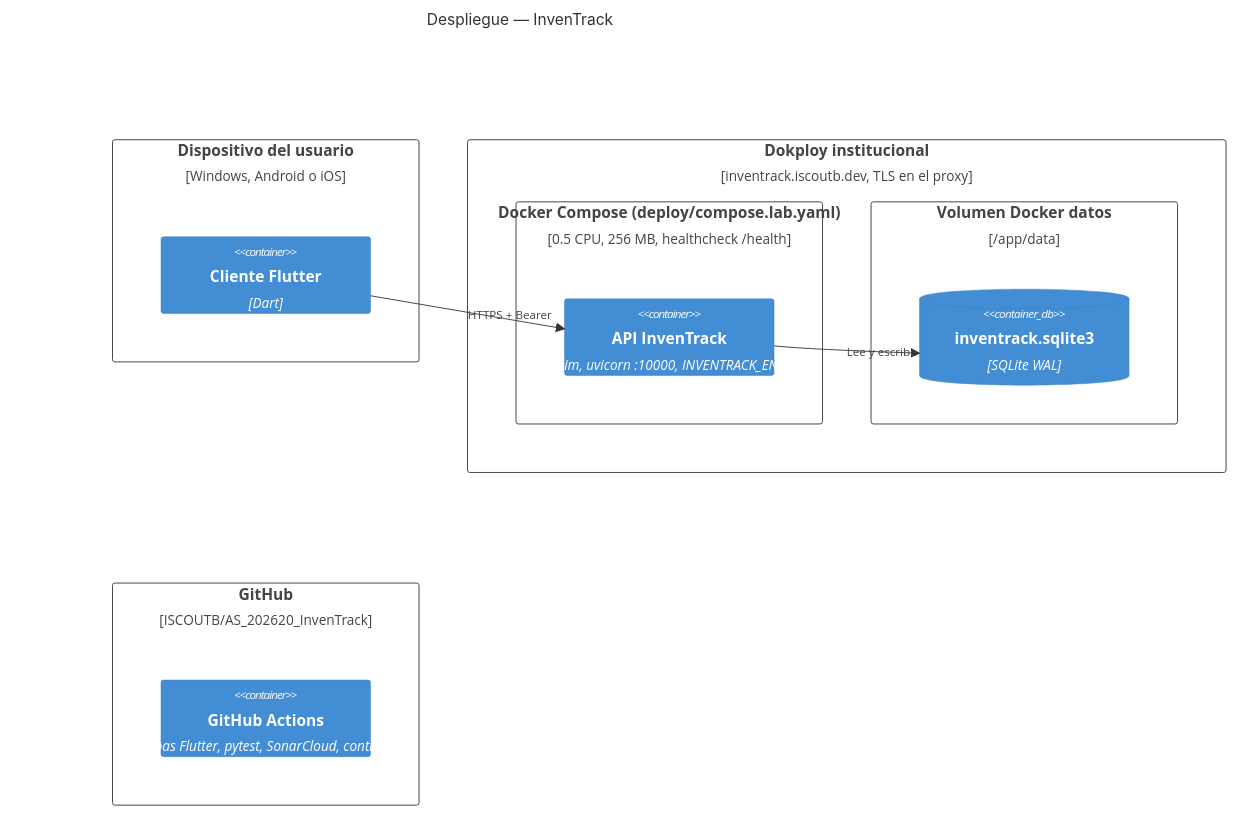
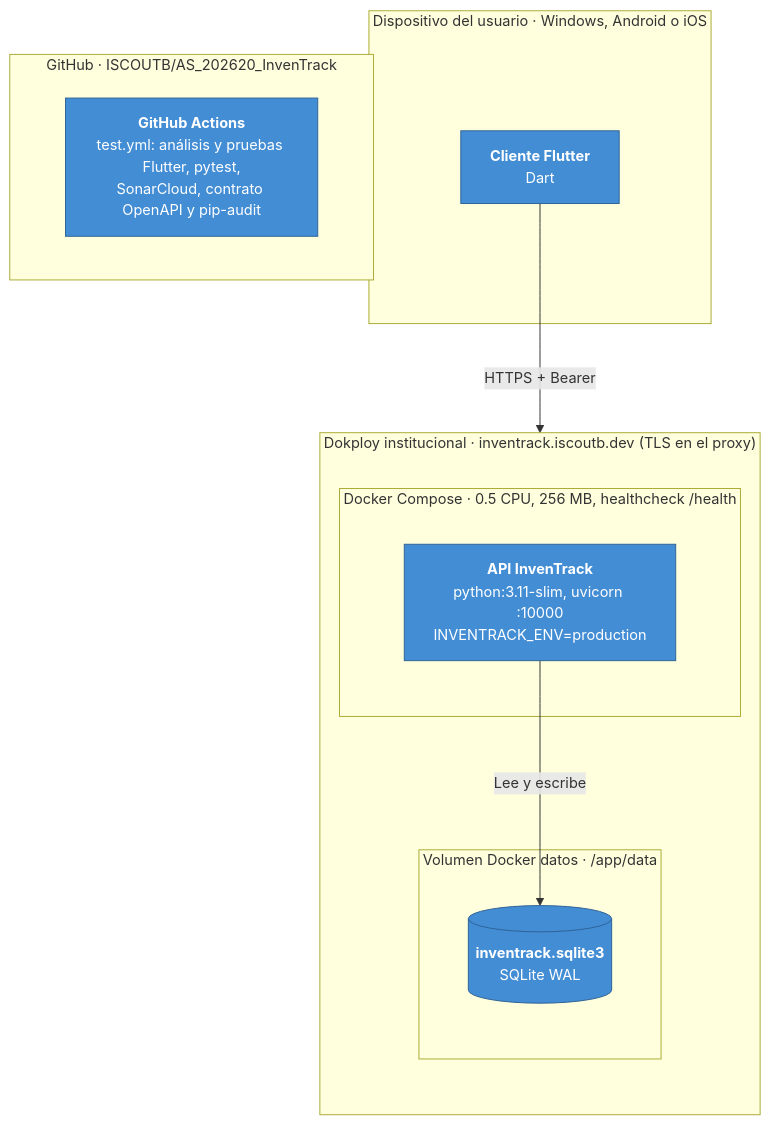
One commit to ISCOUTB/AS_202620_InvenTrack changed the diagram in c4-actual/04-despliegue.md. Above: the diagram before and after it, drawn with Mermaid. The commit also changed 3 other files, not shown here.

Commit message:
docs: Convert c4-actual diagrams to flowcharts to fix overlapping labels

````diff
--- a/c4-actual/04-despliegue.md
+++ b/c4-actual/04-despliegue.md
@@ -3,24 +3,31 @@
 ```mermaid
-C4Deployment
-    title Despliegue — InvenTrack
+flowchart TB
+    %%{init: {"flowchart": {"nodeSpacing": 70, "rankSpacing": 90, "curve": "basis", "htmlLabels": true}, "themeVariables": {"fontSize": "15px"}}}%%
+    subgraph dev ["Dispositivo del usuario · Windows, Android o iOS"]
+        flutter["<b>Cliente Flutter</b><br/>Dart"]:::cont
+    end
 
-    Deployment_Node(dev, "Dispositivo del usuario", "Windows, Android o iOS") {
-        Container(flutter, "Cliente Flutter", "Dart")
-    }
+    subgraph dokploy ["Dokploy institucional · inventrack.iscoutb.dev (TLS en el proxy)"]
+        direction TB
+        subgraph compose ["Docker Compose · 0.5 CPU, 256 MB, healthcheck /health"]
+            apiD["<b>API InvenTrack</b><br/>python:3.11-slim, uvicorn :10000<br/>INVENTRACK_ENV=production"]:::cont
+        end
+        subgraph vol ["Volumen Docker datos · /app/data"]
+            dbD[("<b>inventrack.sqlite3</b><br/>SQLite WAL")]:::db
+        end
+    end
 
-    Deployment_Node(dokploy, "Dokploy institucional", "inventrack.iscoutb.dev, TLS en el proxy") {
-        Deployment_Node(compose, "Docker Compose (deploy/compose.lab.yaml)", "0.5 CPU, 256 MB, healthcheck /health") {
-            Container(apiD, "API InvenTrack", "python:3.11-slim, uvicorn :10000, INVENTRACK_ENV=production")
-        }
-        Deployment_Node(vol, "Volumen Docker datos", "/app/data") {
-            ContainerDb(dbD, "inventrack.sqlite3", "SQLite WAL")
-        }
-    }
+    subgraph gh ["GitHub · ISCOUTB/AS_202620_InvenTrack"]
+        ci["<b>GitHub Actions</b><br/>test.yml: análisis y pruebas Flutter, pytest,<br/>SonarCloud, contrato OpenAPI y pip-audit"]:::cont
+    end
 
-    Deployment_Node(gh, "GitHub", "ISCOUTB/AS_202620_InvenTrack") {
-        Container(ci, "GitHub Actions", "test.yml: análisis y pruebas Flutter, pytest, SonarCloud, contrato OpenAPI y pip-audit")
-    }
+    flutter -->|"HTTPS + Bearer"| apiD
+    apiD -->|"Lee y escribe"| dbD
 
-    Rel(flutter, apiD, "HTTPS + Bearer")
-    Rel(apiD, dbD, "Lee y escribe")
+    classDef person fill:#08427b,stroke:#052e56,color:#ffffff
+    classDef sys fill:#1168bd,stroke:#0b4884,color:#ffffff
+    classDef ext fill:#999999,stroke:#6b6b6b,color:#ffffff
+    classDef cont fill:#438dd5,stroke:#2e6295,color:#ffffff
+    classDef comp fill:#85bbf0,stroke:#5d82a8,color:#000000
+    classDef db fill:#438dd5,stroke:#2e6295,color:#ffffff
 ```
````
